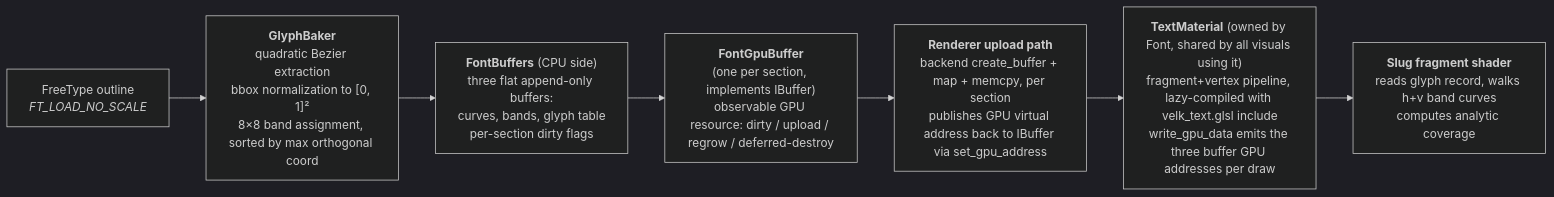
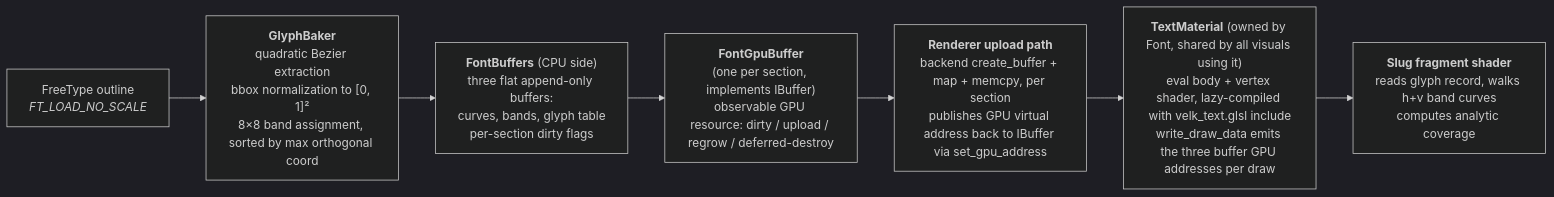
Before and after one commit to ljaaskela/velk-ui: the diagram in docs/plugins/text.md, drawn with Mermaid (dark theme). The commit also changed other lines of this file and 101 other files, not shown here.

````diff
--- a/docs/plugins/text.md
+++ b/docs/plugins/text.md
@@ -105,12 +105,12 @@
 ```mermaid
 flowchart LR
     A["FreeType outline<br/><i>FT_LOAD_NO_SCALE</i>"]
     B["<b>GlyphBaker</b><br/>quadratic Bezier extraction<br>bbox normalization to [0, 1]²<br>8×8 band assignment, sorted by max orthogonal coord"]
     C["<b>FontBuffers</b> (CPU side)<br/>three flat append-only buffers:<br>curves, bands, glyph table<br>per-section dirty flags"]
     D["<b>FontGpuBuffer</b><br>(one per section, implements IBuffer)<br/>observable GPU resource: dirty / upload / regrow / deferred-destroy"]
     E["<b>Renderer upload path</b><br/>backend create_buffer + map + memcpy, per section<br/>publishes GPU virtual address back to IBuffer via set_gpu_address"]
-    F["<b>TextMaterial</b> (owned by Font, shared by all visuals using it)<br/>fragment+vertex pipeline, lazy-compiled with velk_text.glsl include<br/>write_gpu_data emits the three buffer GPU addresses per draw"]
+    F["<b>TextMaterial</b> (owned by Font, shared by all visuals using it)<br/>eval body + vertex shader, lazy-compiled with velk_text.glsl include<br/>write_draw_data emits the three buffer GPU addresses per draw"]
     G["<b>Slug fragment shader</b><br/>reads glyph record, walks h+v band curves<br/>computes analytic coverage"]
 
     A --> B --> C --> D --> E --> F --> G
 ```
````
